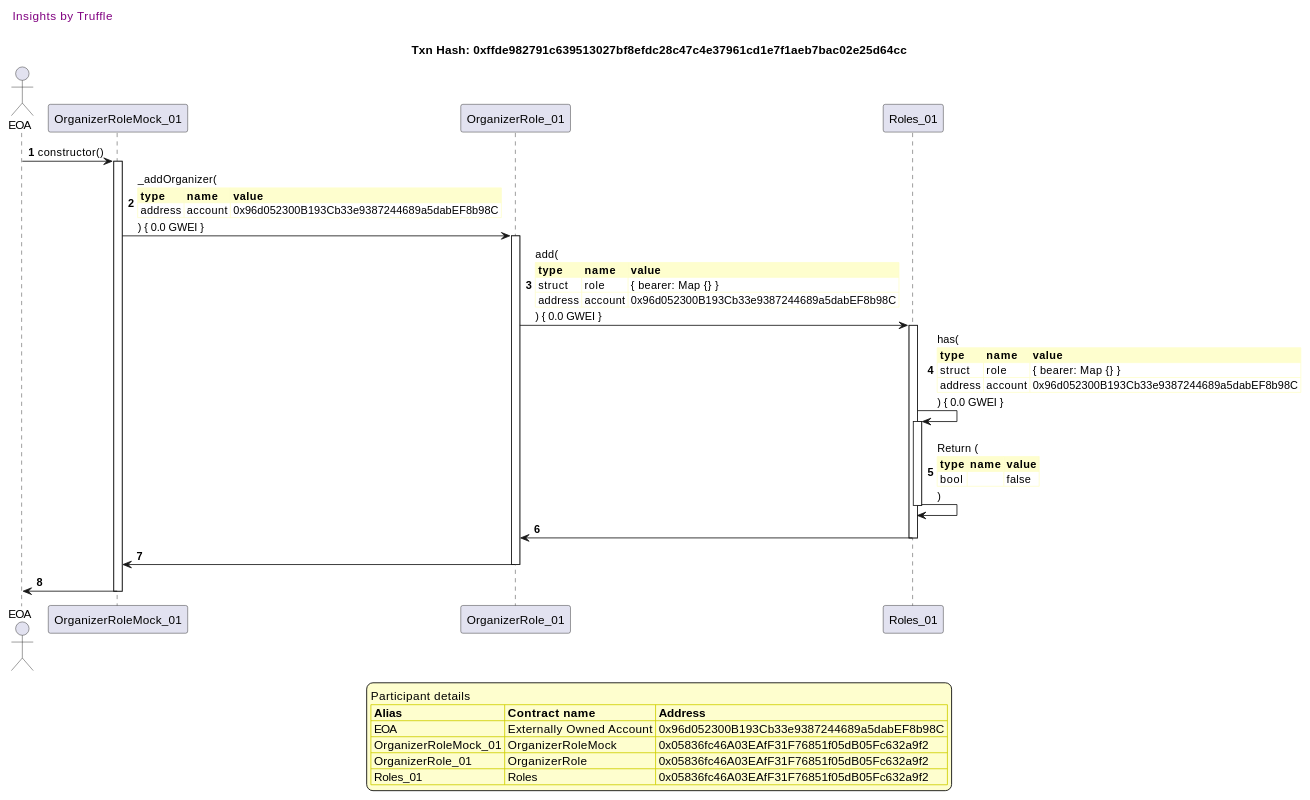
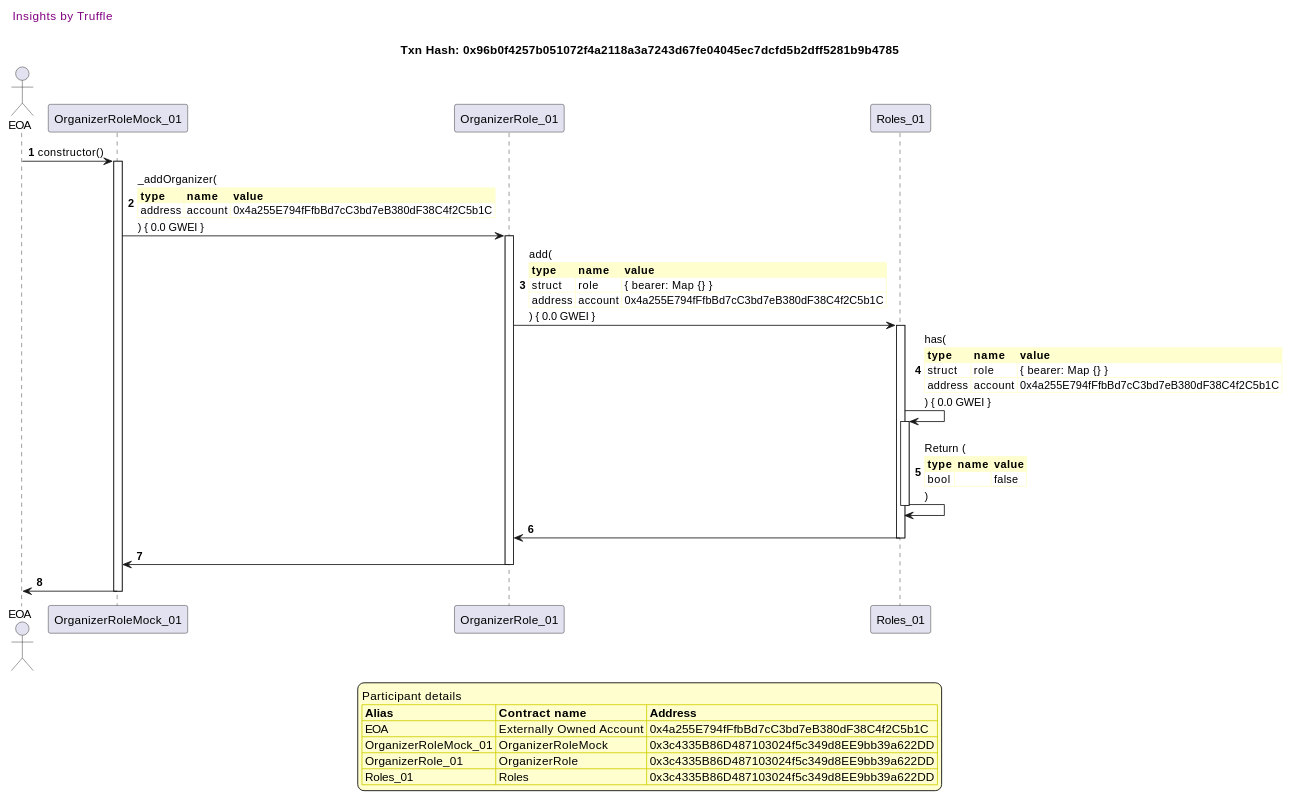
Before and after one commit to fodisi/hackapay: the ninth of 41 diagrams in truffle-seq/roles_organizerrole.md, drawn with PlantUML. The commit also changed other lines of this file and 10 other files, not shown here.

````diff
--- a/truffle-seq/roles_organizerrole.md
+++ b/truffle-seq/roles_organizerrole.md
@@ -649,61 +649,61 @@
 ```plantuml
 
 
 @startuml
 
 autonumber
 skinparam legendBackgroundColor #FEFECE
 
 <style>
       header {
         HorizontalAlignment left
         FontColor purple
         FontSize 14
         Padding 10
       }
     </style>
 
 header Insights by Truffle
 
-title Txn Hash: 0xffde982791c639513027bf8efdc28c47c4e37961cd1e7f1aeb7bac02e25d64cc
+title Txn Hash: 0x96b0f4257b051072f4a2118a3a7243d67fe04045ec7dcfd5b2dff5281b9b4785
 
 
 actor EOA as "EOA"
 participant OrganizerRoleMock_01 as "OrganizerRoleMock_01"
 participant OrganizerRole_01 as "OrganizerRole_01"
 participant Roles_01 as "Roles_01"
 
 "EOA" -> "OrganizerRoleMock_01" ++: constructor()
 "OrganizerRoleMock_01" -> "OrganizerRole_01" ++: _addOrganizer(\n\
 <#FEFECE,#FEFECE>|= type |= name |= value |\n\
-| address | account | 0x96d052300B193Cb33e9387244689a5dabEF8b98C |\n\
+| address | account | 0x4a255E794fFfbBd7cC3bd7eB380dF38C4f2C5b1C |\n\
 ) { 0.0 GWEI }
 "OrganizerRole_01" -> "Roles_01" ++: add(\n\
 <#FEFECE,#FEFECE>|= type |= name |= value |\n\
 | struct | role | { bearer: Map {} } |\n\
-| address | account | 0x96d052300B193Cb33e9387244689a5dabEF8b98C |\n\
+| address | account | 0x4a255E794fFfbBd7cC3bd7eB380dF38C4f2C5b1C |\n\
 ) { 0.0 GWEI }
 "Roles_01" -> "Roles_01" ++: has(\n\
 <#FEFECE,#FEFECE>|= type |= name |= value |\n\
 | struct | role | { bearer: Map {} } |\n\
-| address | account | 0x96d052300B193Cb33e9387244689a5dabEF8b98C |\n\
+| address | account | 0x4a255E794fFfbBd7cC3bd7eB380dF38C4f2C5b1C |\n\
 ) { 0.0 GWEI }
 "Roles_01" -> "Roles_01" --: Return (\n\
 <#FEFECE,#FEFECE>|= type |= name |= value |\n\
 | bool |  | false |\n\
 )
 "Roles_01" -> "OrganizerRole_01" --: 
 "OrganizerRole_01" -> "OrganizerRoleMock_01" --: 
 "OrganizerRoleMock_01" -> "EOA" --: 
 
 legend
 Participant details
 <#FEFECE,#D0D000>|= Alias |= Contract name |= Address |
-<#FEFECE>| EOA | Externally Owned Account | 0x96d052300B193Cb33e9387244689a5dabEF8b98C |
-<#FEFECE>| OrganizerRoleMock_01 | OrganizerRoleMock | 0x05836fc46A03EAfF31F76851f05dB05Fc632a9f2 |
-<#FEFECE>| OrganizerRole_01 | OrganizerRole | 0x05836fc46A03EAfF31F76851f05dB05Fc632a9f2 |
-<#FEFECE>| Roles_01 | Roles | 0x05836fc46A03EAfF31F76851f05dB05Fc632a9f2 |
+<#FEFECE>| EOA | Externally Owned Account | 0x4a255E794fFfbBd7cC3bd7eB380dF38C4f2C5b1C |
+<#FEFECE>| OrganizerRoleMock_01 | OrganizerRoleMock | 0x3c4335B86D487103024f5c349d8EE9bb39a622DD |
+<#FEFECE>| OrganizerRole_01 | OrganizerRole | 0x3c4335B86D487103024f5c349d8EE9bb39a622DD |
+<#FEFECE>| Roles_01 | Roles | 0x3c4335B86D487103024f5c349d8EE9bb39a622DD |
 endlegend
 
 @enduml
 ```
````
